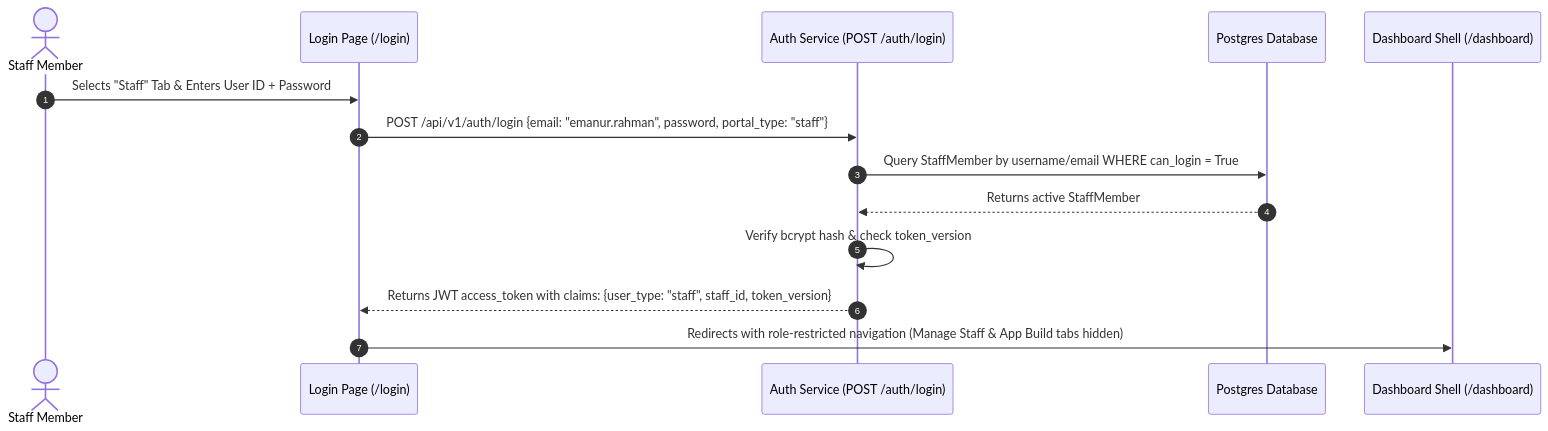
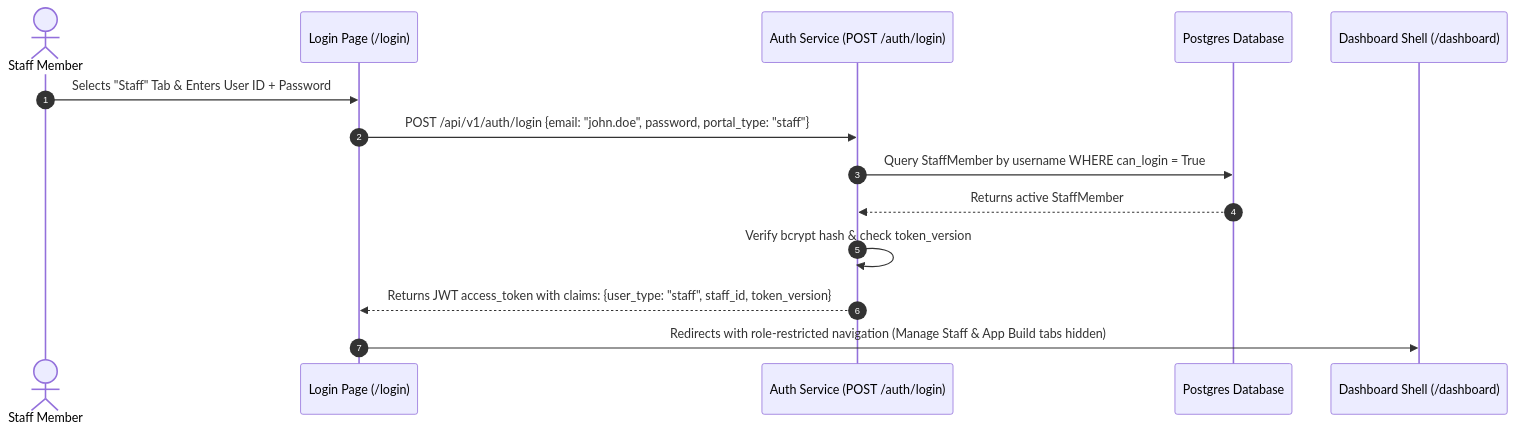
The diagram in docs/STAFF_MANAGEMENT_ARCHITECTURE.md (A-fun-786/doctors-platform), drawn with Mermaid before and after one commit. The commit also changed other lines of this file and 12 other files, not shown here.

Commit message:
fix(auth): prevent cross-account email shadowing and remove @ handle convention (closes #36)

````diff
--- a/docs/STAFF_MANAGEMENT_ARCHITECTURE.md
+++ b/docs/STAFF_MANAGEMENT_ARCHITECTURE.md
@@ -41,17 +41,17 @@
 ```mermaid
 sequenceDiagram
     autonumber
     actor Staff as Staff Member
     participant UI as Login Page (/login)
     participant AuthAPI as Auth Service (POST /auth/login)
     participant DB as Postgres Database
     participant Dashboard as Dashboard Shell (/dashboard)
 
     Staff->>UI: Selects "Staff" Tab & Enters User ID + Password
-    UI->>AuthAPI: POST /api/v1/auth/login {email: "emanur.rahman", password, portal_type: "staff"}
-    AuthAPI->>DB: Query StaffMember by username/email WHERE can_login = True
+    UI->>AuthAPI: POST /api/v1/auth/login {email: "john.doe", password, portal_type: "staff"}
+    AuthAPI->>DB: Query StaffMember by username WHERE can_login = True
     DB-->>AuthAPI: Returns active StaffMember
     AuthAPI->>AuthAPI: Verify bcrypt hash & check token_version
     AuthAPI-->>UI: Returns JWT access_token with claims: {user_type: "staff", staff_id, token_version}
     UI->>Dashboard: Redirects with role-restricted navigation (Manage Staff & App Build tabs hidden)
 ```
````
